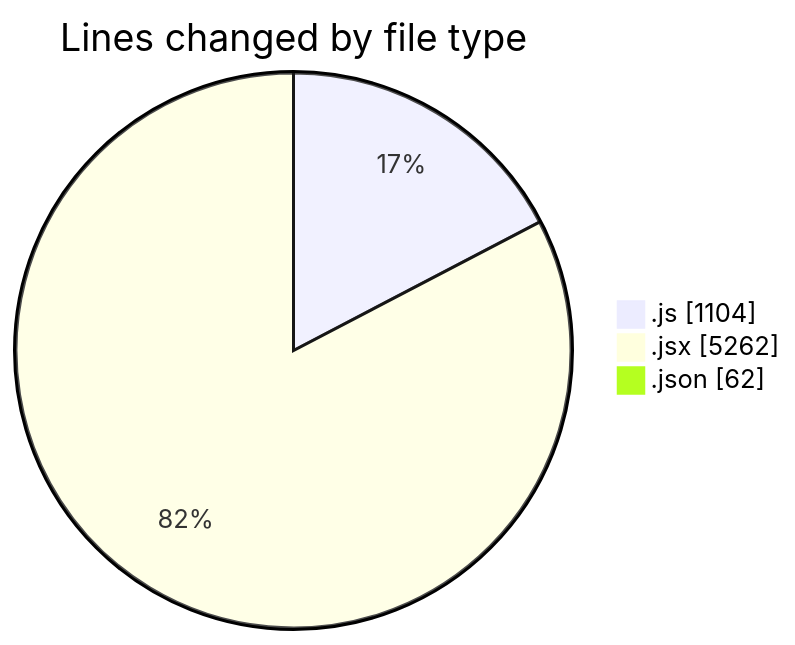
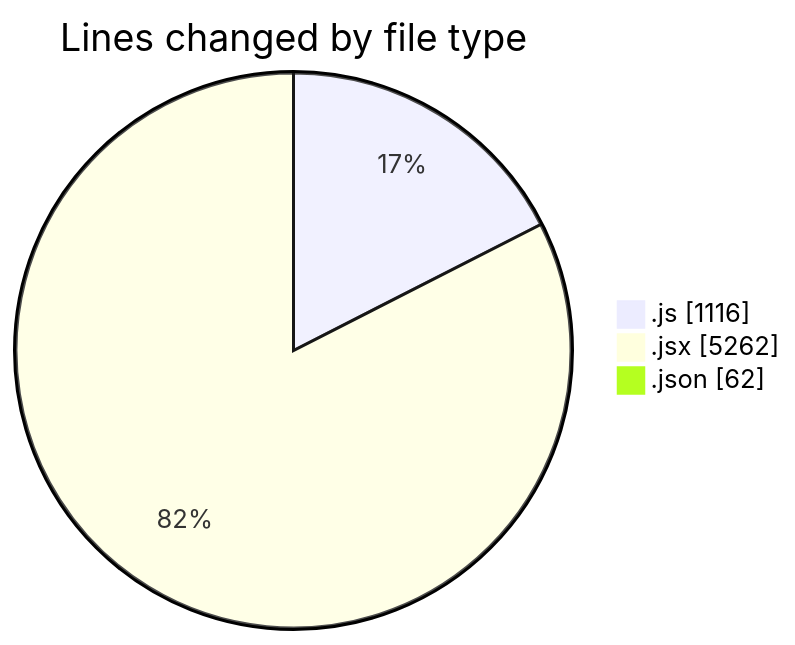
Before and after one commit to nxtqubesakshisongat/code-tracking: the first of 2 diagrams in 2025-08-07/nxtqube_webapp/README.md, drawn with Mermaid. The commit also changed other lines of this file and 1 other file, not shown here.

````diff
--- a/2025-08-07/nxtqube_webapp/README.md
+++ b/2025-08-07/nxtqube_webapp/README.md
@@ -25,7 +25,7 @@
 ```mermaid
 pie showData
 title Lines changed by file type
-".js" : 1104
+".js" : 1116
 ".jsx" : 5262
 ".json" : 62
 ```
````
